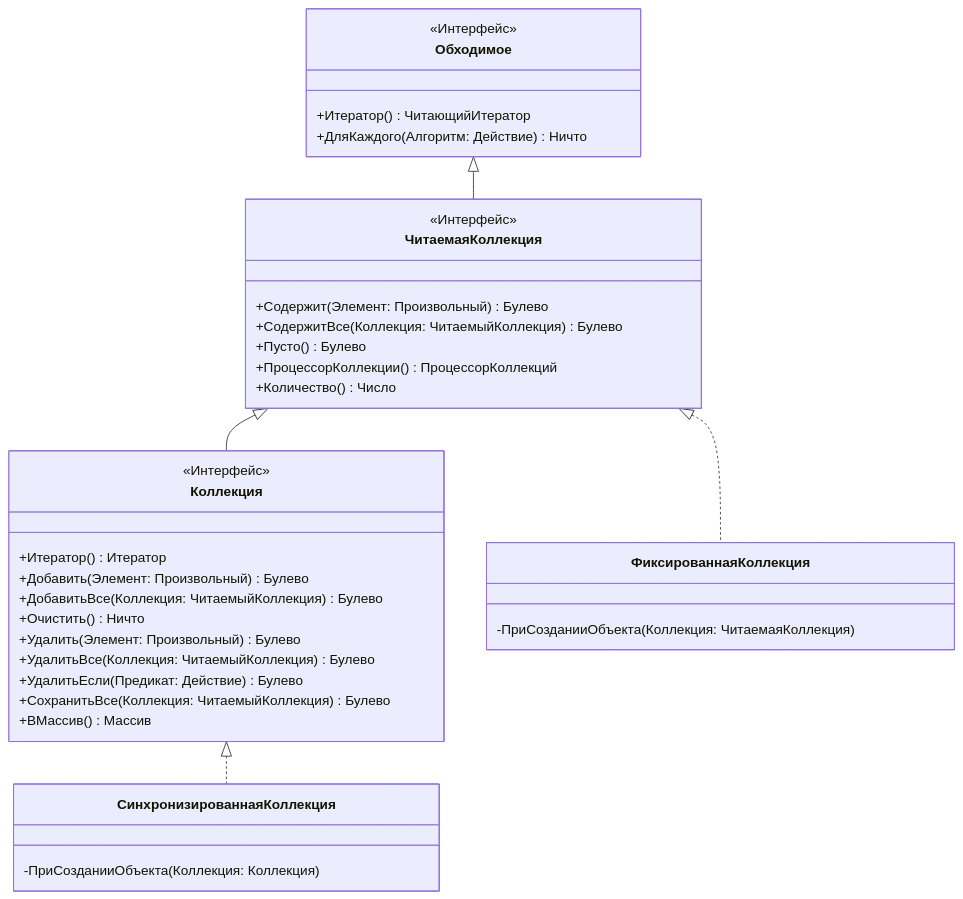
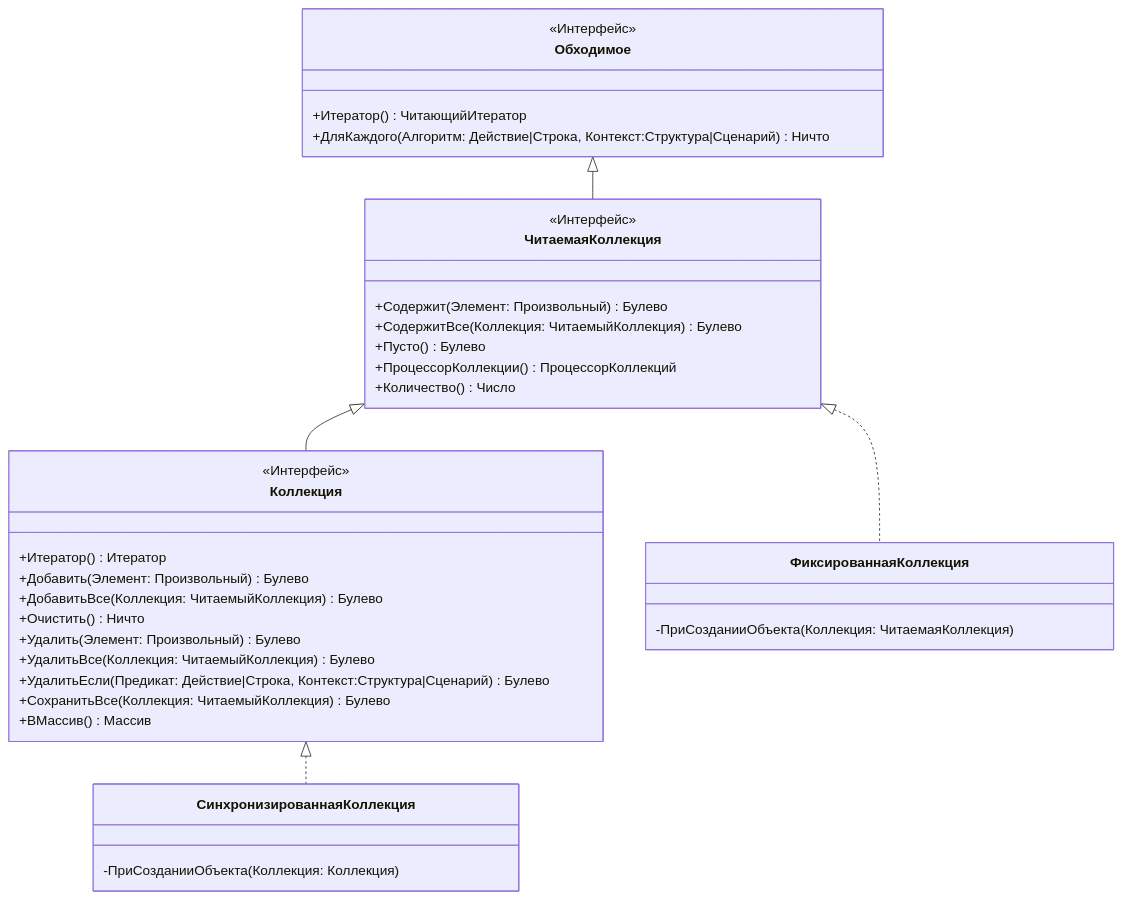
One commit to sfaqer/collectionos changed the first of 6 diagrams in README.md. Above: the diagram before and after it, drawn with Mermaid. The commit also changed other lines of this file and 2 other files, not shown here.

````diff
--- a/README.md
+++ b/README.md
@@ -36,45 +36,45 @@
 ```mermaid
 classDiagram
 
 Обходимое <|-- ЧитаемаяКоллекция
 ЧитаемаяКоллекция <|-- Коллекция
 
 ЧитаемаяКоллекция <|.. ФиксированнаяКоллекция
 Коллекция <|.. СинхронизированнаяКоллекция
 
 class Обходимое {
     <<Интерфейс>>
     +Итератор() ЧитающийИтератор
-    +ДляКаждого(Алгоритм: Действие) Ничто
+    +ДляКаждого(Алгоритм: Действие|Строка, Контекст:Структура|Сценарий) Ничто
 }
 
 class ЧитаемаяКоллекция {
     <<Интерфейс>>
     +Содержит(Элемент: Произвольный) Булево
     +СодержитВсе(Коллекция: ЧитаемыйКоллекция) Булево
     +Пусто() Булево
     +ПроцессорКоллекции() ПроцессорКоллекций
     +Количество() Число
 }
 
 class Коллекция {
     <<Интерфейс>>
     +Итератор() Итератор
     +Добавить(Элемент: Произвольный) Булево
     +ДобавитьВсе(Коллекция: ЧитаемыйКоллекция) Булево
     +Очистить() Ничто
     +Удалить(Элемент: Произвольный) Булево
     +УдалитьВсе(Коллекция: ЧитаемыйКоллекция) Булево
-    +УдалитьЕсли(Предикат: Действие) Булево
+    +УдалитьЕсли(Предикат: Действие|Строка, Контекст:Структура|Сценарий) Булево
     +СохранитьВсе(Коллекция: ЧитаемыйКоллекция) Булево
     +ВМассив() Массив
 }
 
 class ФиксированнаяКоллекция {
     -ПриСозданииОбъекта(Коллекция: ЧитаемаяКоллекция)
 }
 
 class СинхронизированнаяКоллекция {
     -ПриСозданииОбъекта(Коллекция: Коллекция)
 }
 ```
````
